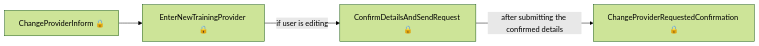
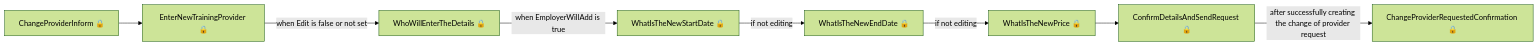
One commit to talentconsulting/atlas-dfe changed the second of 7 diagrams in das-employercommitments-v2/user-journeys/user-journeys.md. Above: the diagram before and after it, drawn with Mermaid (forest theme). The commit also changed other lines of this file and 36 other files, not shown here.

````diff
--- a/das-employercommitments-v2/user-journeys/user-journeys.md
+++ b/das-employercommitments-v2/user-journeys/user-journeys.md
@@ -9,6 +22,10 @@
 ```mermaid
 flowchart LR
   p0["ChangeProviderInform 🔒"] --> p1["EnterNewTrainingProvider 🔒"]
-  p1["EnterNewTrainingProvider 🔒"] -->|"if user is editing"| p2["ConfirmDetailsAndSendRequest 🔒"]
-  p2["ConfirmDetailsAndSendRequest 🔒"] -->|"after submitting the confirmed details"| p3["ChangeProviderRequestedConfirmation 🔒"]
+  p1["EnterNewTrainingProvider 🔒"] -->|"when Edit is false or not set"| p2["WhoWillEnterTheDetails 🔒"]
+  p2["WhoWillEnterTheDetails 🔒"] -->|"when EmployerWillAdd is true"| p3["WhatIsTheNewStartDate 🔒"]
+  p3["WhatIsTheNewStartDate 🔒"] -->|"if not editing"| p4["WhatIsTheNewEndDate 🔒"]
+  p4["WhatIsTheNewEndDate 🔒"] -->|"if not editing"| p5["WhatIsTheNewPrice 🔒"]
+  p5["WhatIsTheNewPrice 🔒"] --> p6["ConfirmDetailsAndSendRequest 🔒"]
+  p6["ConfirmDetailsAndSendRequest 🔒"] -->|"after successfully creating the change of provider request"| p7["ChangeProviderRequestedConfirmation 🔒"]
 ```
````
